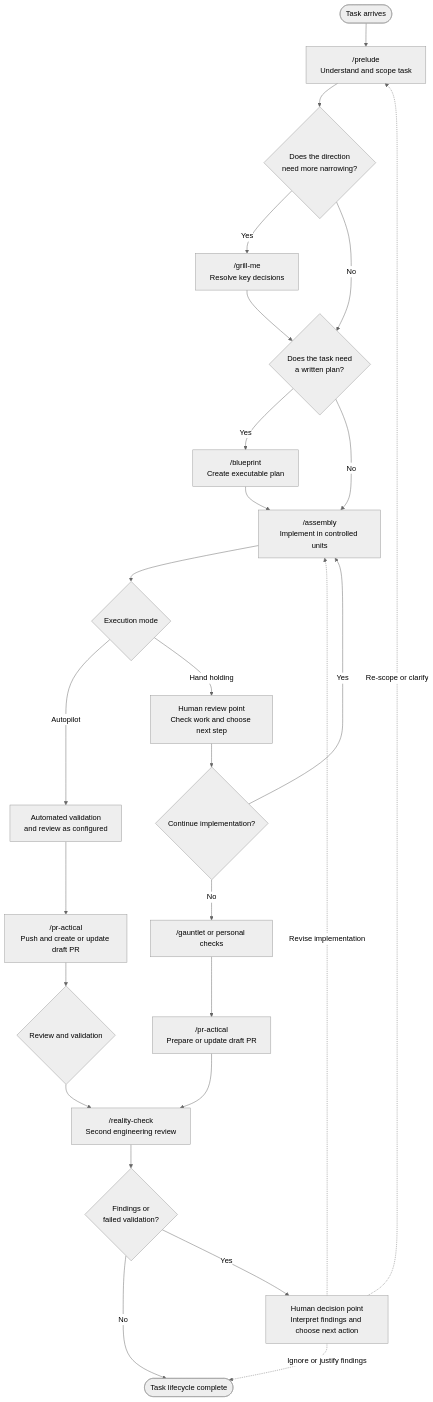
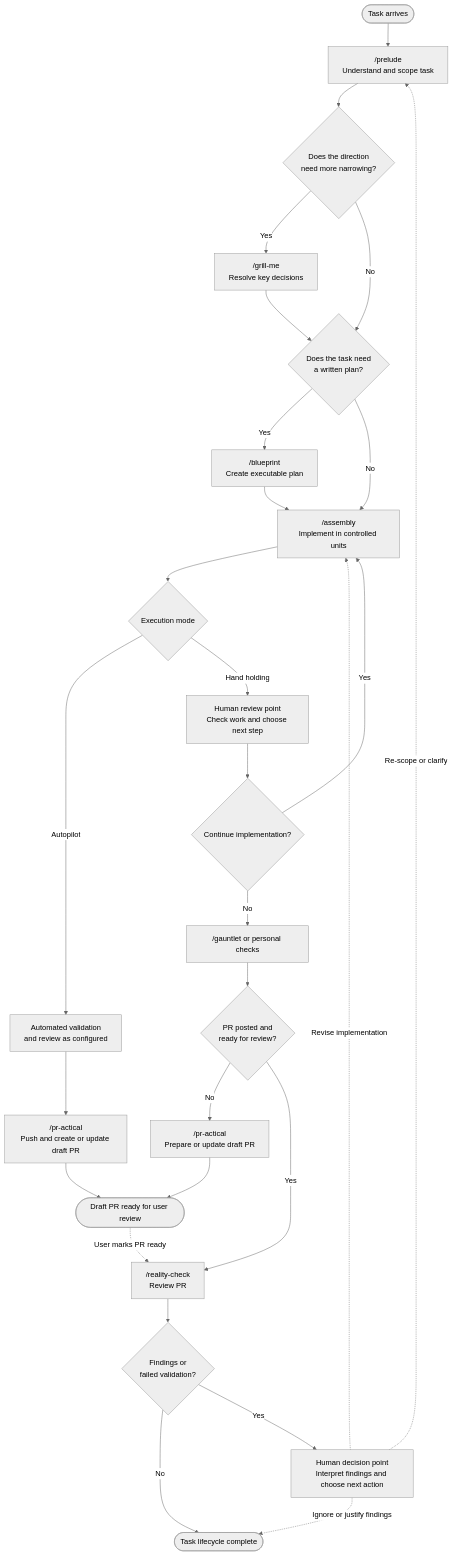
Before and after one commit to laceyp99/skills: the diagram in docs/skills-lifecycle.md, drawn with Mermaid (neutral theme). The commit also changed 2 other files, not shown here.

Commit message:
docs(workflow): clarify skill lifecycle

````diff
--- a/docs/skills-lifecycle.md
+++ b/docs/skills-lifecycle.md
@@ -5,34 +5,36 @@
 ```mermaid
 flowchart TD
     START([Task arrives]) --> PRELUDE["/prelude<br/>Understand and scope task"]
     PRELUDE --> NARROW{Does the direction<br/>need more narrowing?}
 
     NARROW -- Yes --> GRILL["/grill-me<br/>Resolve key decisions"]
     GRILL --> PLAN_DECISION
 
     NARROW -- No --> PLAN_DECISION{Does the task need<br/>a written plan?}
     PLAN_DECISION -- Yes --> BLUEPRINT["/blueprint<br/>Create executable plan"]
     PLAN_DECISION -- No --> ASSEMBLY["/assembly<br/>Implement in controlled units"]
     BLUEPRINT --> ASSEMBLY
 
     ASSEMBLY --> MODE{Execution mode}
     MODE -- Autopilot --> AUTO_VALIDATION[Automated validation<br/>and review as configured]
     AUTO_VALIDATION --> PRACTICAL_AUTO["/pr-actical<br/>Push and create or update draft PR"]
 
     MODE -- Hand holding --> HUMAN[Human review point<br/>Check work and choose next step]
     HUMAN --> HAND_DECISION{Continue implementation?}
     HAND_DECISION -- Yes --> ASSEMBLY
     HAND_DECISION -- No --> HAND_REVIEW["/gauntlet or personal checks"]
-    HAND_REVIEW --> PRACTICAL["/pr-actical<br/>Prepare or update draft PR"]
+    HAND_REVIEW --> POSTED{PR posted and<br/>ready for review?}
+    POSTED -- No --> PRACTICAL["/pr-actical<br/>Prepare or update draft PR"]
+    POSTED -- Yes --> REALITY["/reality-check<br/>Review PR"]
 
-    PRACTICAL --> REALITY["/reality-check<br/>Second engineering review"]
-    PRACTICAL_AUTO --> AUTO_REVIEW{Review and validation}
-    AUTO_REVIEW --> REALITY
+    PRACTICAL --> DRAFT([Draft PR ready for user review])
+    PRACTICAL_AUTO --> DRAFT
+    DRAFT -. User marks PR ready .-> REALITY
     REALITY --> FINDINGS{Findings or<br/>failed validation?}
 
     FINDINGS -- No --> DONE([Task lifecycle complete])
     FINDINGS -- Yes --> DECISION[Human decision point<br/>Interpret findings and choose next action]
     DECISION -. Re-scope or clarify .-> PRELUDE
     DECISION -. Revise implementation .-> ASSEMBLY
     DECISION -. Ignore or justify findings .-> DONE
 ```
````
